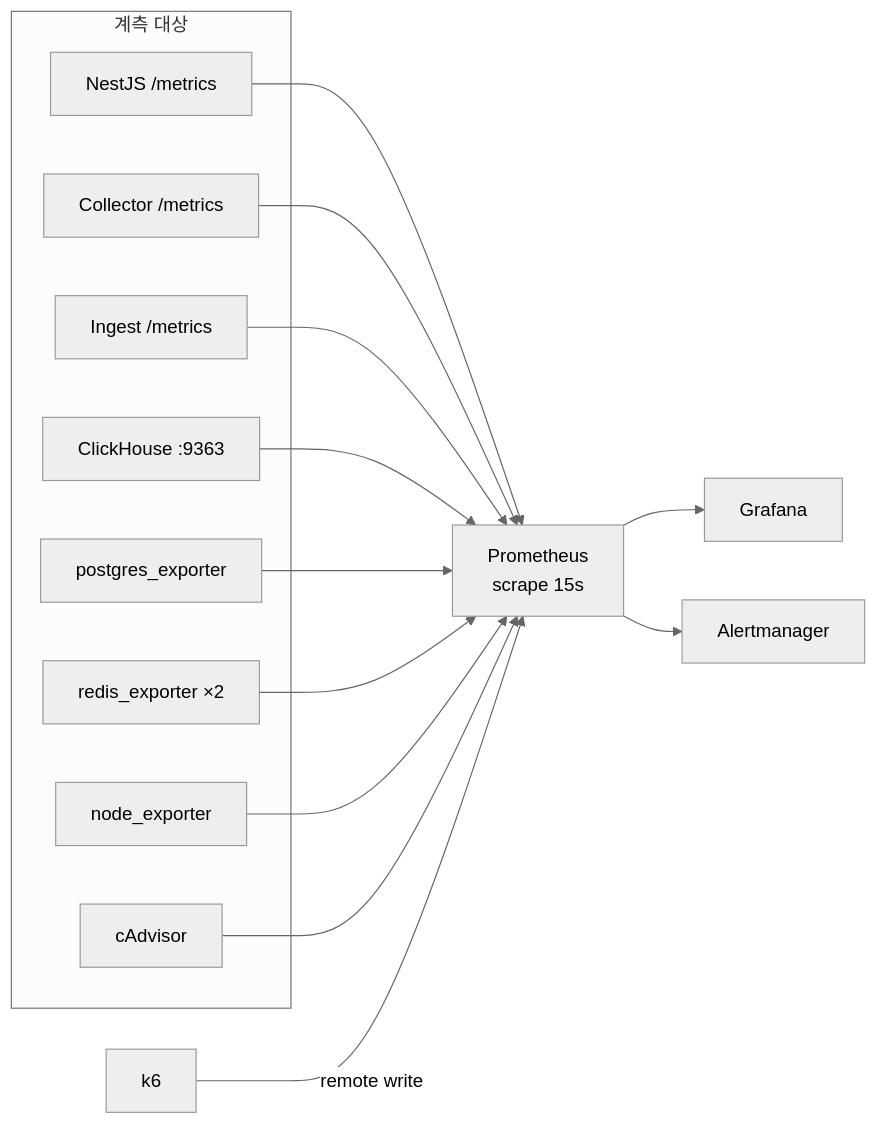
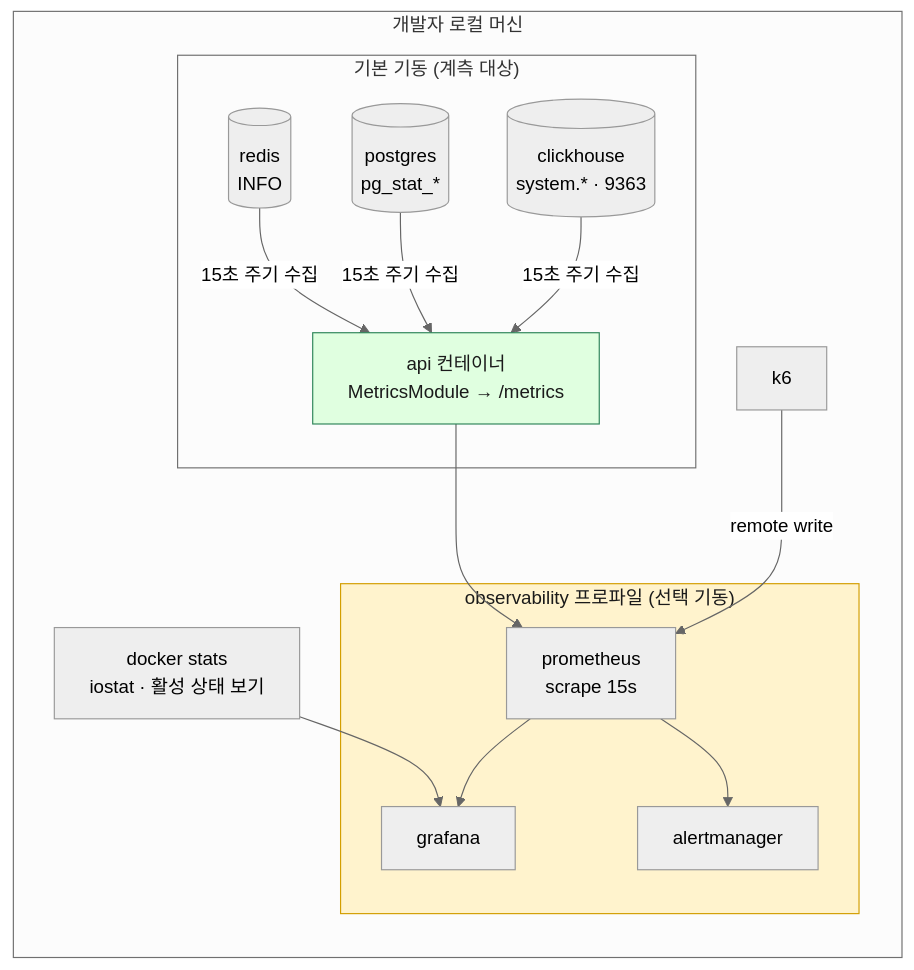
Before and after one commit to jaepil02/db_study: the eighth of 9 diagrams in architecture.md, drawn with Mermaid (neutral theme). The commit also changed other lines of this file and 3 other files, not shown here.

````diff
--- a/architecture.md
+++ b/architecture.md
@@ -875,30 +963,32 @@
 ```mermaid
 flowchart LR
-    subgraph TARGETS["계측 대상"]
-        A1["NestJS /metrics"]
-        A2["Collector /metrics"]
-        A3["Ingest /metrics"]
-        A4["ClickHouse :9363"]
-        A5["postgres_exporter"]
-        A6["redis_exporter ×2"]
-        A7["node_exporter"]
-        A8["cAdvisor"]
+    subgraph MACHINE["개발자 로컬 머신"]
+        subgraph BASE["기본 기동 (계측 대상)"]
+            MET["api 컨테이너<br/>MetricsModule → /metrics"]
+            RD[("redis<br/>INFO")]
+            PG[("postgres<br/>pg_stat_*")]
+            CH[("clickhouse<br/>system.* · 9363")]
+        end
+
+        subgraph OBS["observability 프로파일 (선택 기동)"]
+            PROM["prometheus<br/>scrape 15s"]
+            GRAF["grafana"]
+            ALERT["alertmanager"]
+        end
+
+        HOSTT["docker stats<br/>iostat · 활성 상태 보기"]
+        K6["k6"]
     end
 
-    PROM["Prometheus<br/>scrape 15s"]
-    GRAF["Grafana"]
-    ALERT["Alertmanager"]
-
-    A1 --> PROM
-    A2 --> PROM
-    A3 --> PROM
-    A4 --> PROM
-    A5 --> PROM
-    A6 --> PROM
-    A7 --> PROM
-    A8 --> PROM
+    RD -->|"15초 주기 수집"| MET
+    PG -->|"15초 주기 수집"| MET
+    CH -->|"15초 주기 수집"| MET
+    MET --> PROM
+    HOSTT --> GRAF
     PROM --> GRAF
     PROM --> ALERT
+    K6 -->|"remote write"| PROM
 
-    K6["k6"] -->|"remote write"| PROM
+    style OBS fill:#fff3cd,stroke:#d39e00,color:#1a1a1a
+    style MET fill:#e0ffe0,stroke:#2f855a,color:#1a1a1a
 ```
````
